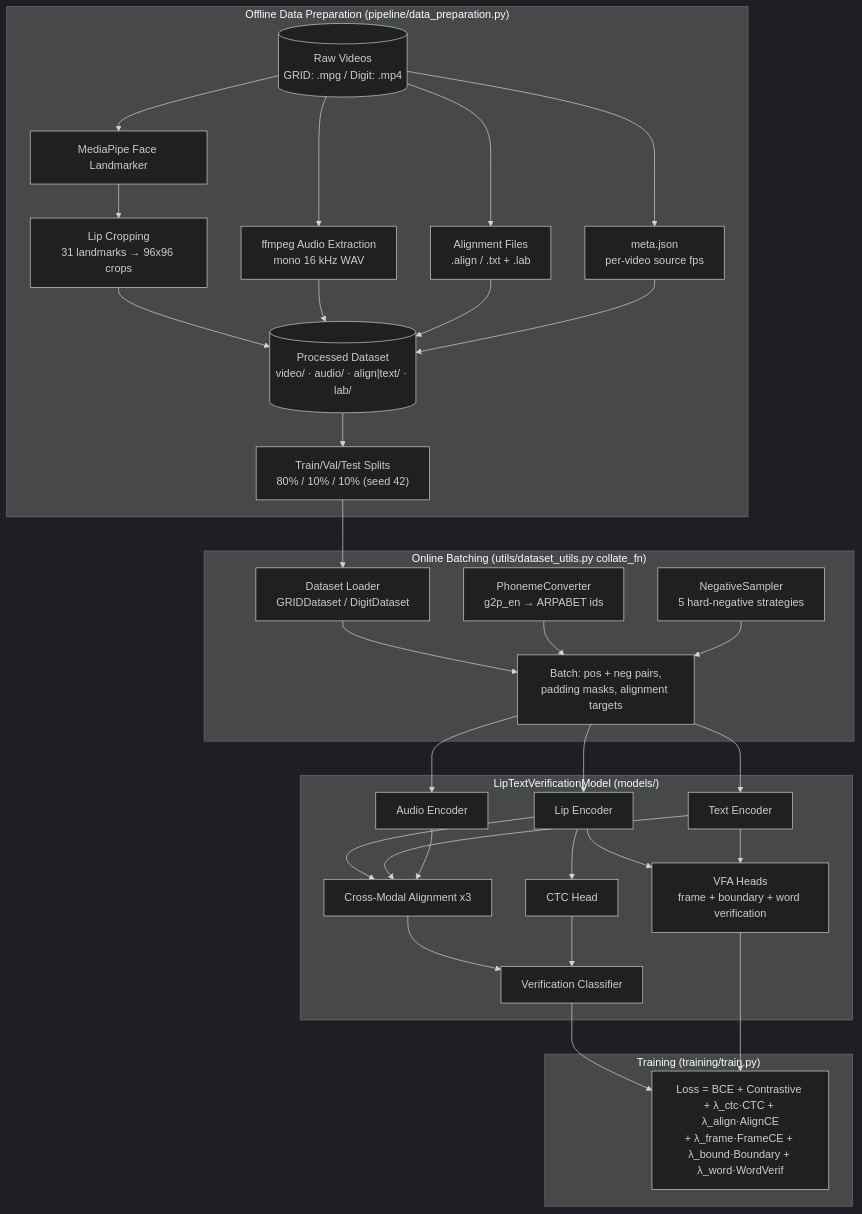
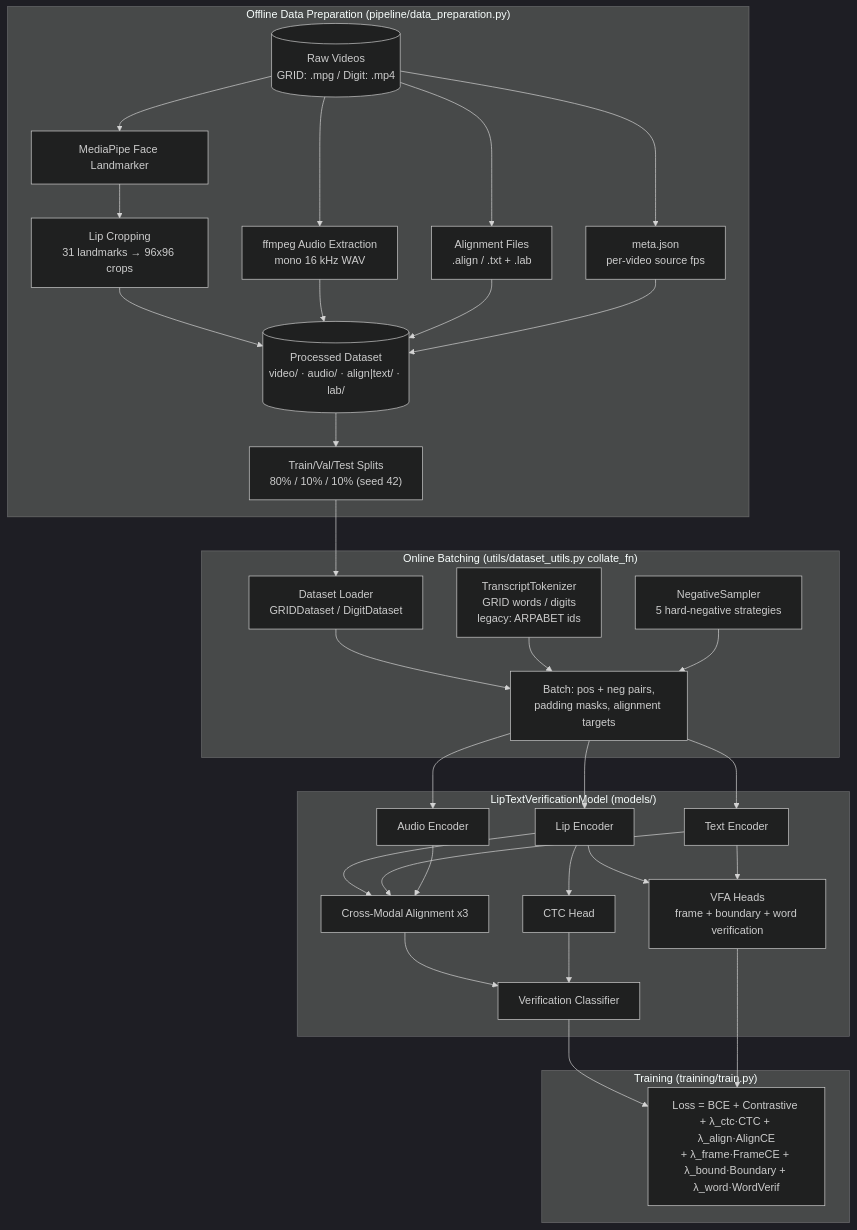
One commit to turinaf/liptev changed the first of 7 diagrams in architecture.md. Above: the diagram before and after it, drawn with Mermaid (dark theme). The commit also changed other lines of this file and 15 other files, not shown here.

````diff
--- a/architecture.md
+++ b/architecture.md
@@ -11,52 +11,52 @@
 ```mermaid
 flowchart TD
     subgraph OFFLINE["Offline Data Preparation (pipeline/data_preparation.py)"]
         RAW[("Raw Videos<br/>GRID: .mpg / Digit: .mp4")]
         MP["MediaPipe Face Landmarker"]
         LIP["Lip Cropping<br/>31 landmarks → 96x96 crops"]
         AUD["ffmpeg Audio Extraction<br/>mono 16 kHz WAV"]
         ALN["Alignment Files<br/>.align / .txt + .lab"]
         META["meta.json<br/>per-video source fps"]
         PROC[("Processed Dataset<br/>video/ · audio/ · align|text/ · lab/")]
         SPLIT["Train/Val/Test Splits<br/>80% / 10% / 10% (seed 42)"]
         RAW --> MP --> LIP --> PROC
         RAW --> AUD --> PROC
         RAW --> ALN --> PROC
         RAW --> META --> PROC
         PROC --> SPLIT
     end
 
     subgraph ONLINE["Online Batching (utils/dataset_utils.py collate_fn)"]
         DS["Dataset Loader<br/>GRIDDataset / DigitDataset"]
-        G2P["PhonemeConverter<br/>g2p_en → ARPABET ids"]
+        G2P["TranscriptTokenizer<br/>GRID words / digits<br/>legacy: ARPABET ids"]
         NS["NegativeSampler<br/>5 hard-negative strategies"]
         BATCH["Batch: pos + neg pairs,<br/>padding masks, alignment targets"]
         DS --> BATCH
         G2P --> BATCH
         NS --> BATCH
     end
 
     SPLIT --> DS
 
     subgraph MODEL["LipTextVerificationModel (models/)"]
         LE["Lip Encoder"]
         TE["Text Encoder"]
         AE["Audio Encoder"]
         CMA["Cross-Modal Alignment x3"]
         CTC["CTC Head"]
         VFA["VFA Heads<br/>frame + boundary + word verification"]
         CLF["Verification Classifier"]
     end
 
     BATCH --> LE & TE & AE
     LE & TE & AE --> CMA
     LE --> CTC
     LE & TE --> VFA
     CMA & CTC --> CLF
 
     subgraph TRAIN["Training (training/train.py)"]
         L["Loss = BCE + Contrastive + λ_ctc·CTC + λ_align·AlignCE<br/>+ λ_frame·FrameCE + λ_bound·Boundary + λ_word·WordVerif"]
     end
     CLF --> L
     VFA --> L
 ```
````
